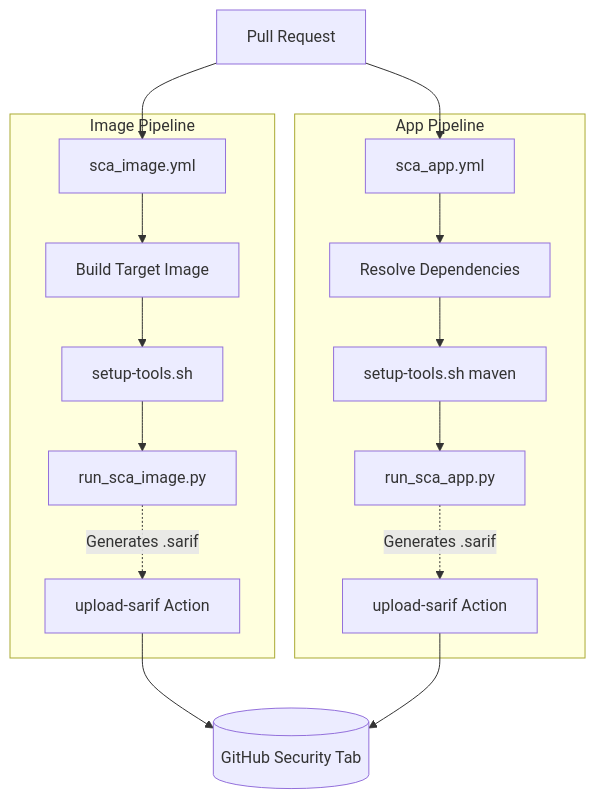
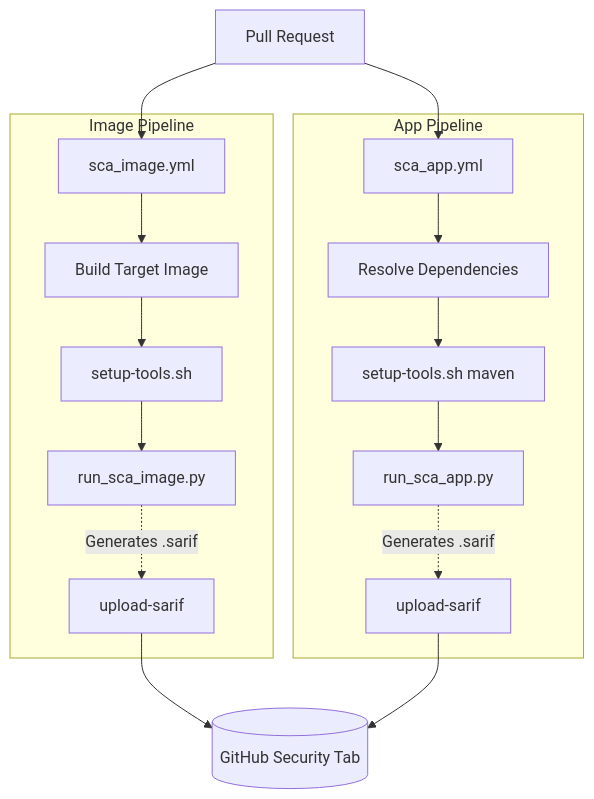
Before and after one commit to moghit-eou/platform-backend: the first of 2 diagrams in .github/scripts/readme.md, drawn with Mermaid. The commit also changed other lines of this file, not shown here.

````diff
--- a/.github/scripts/readme.md
+++ b/.github/scripts/readme.md
@@ -29,22 +40,22 @@
 ```mermaid
 flowchart TD
     Trig["Pull Request"] --> WF1["sca_image.yml"]
     Trig --> WF2["sca_app.yml"]
 
     subgraph "Image Pipeline"
         WF1 --> DB["Build Target Image"]
         DB --> ST1["setup-tools.sh"]
         ST1 --> RSI["run_sca_image.py"]
-        RSI -.-> |Generates .sarif| UP1["upload-sarif Action"]
+        RSI -.-> |Generates .sarif| UP1["upload-sarif"]
     end
 
     subgraph "App Pipeline"
         WF2 --> MVN["Resolve Dependencies"]
         MVN --> ST2["setup-tools.sh maven"]
         ST2 --> RSA["run_sca_app.py"]
-        RSA -.-> |Generates .sarif| UP2["upload-sarif Action"]
+        RSA -.-> |Generates .sarif| UP2["upload-sarif"]
     end
 
     UP1 --> SEC[("GitHub Security Tab")]
     UP2 --> SEC
 ```
````
